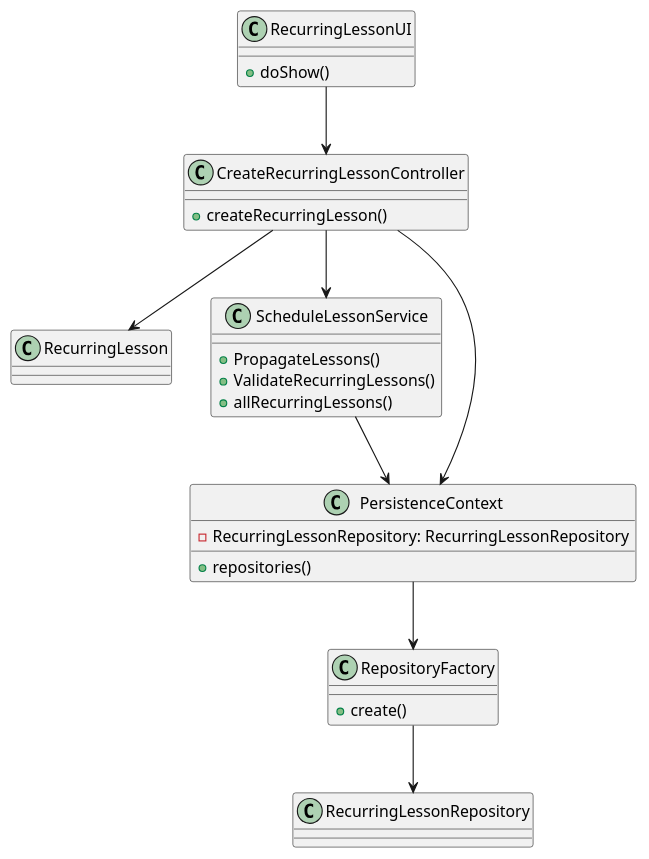
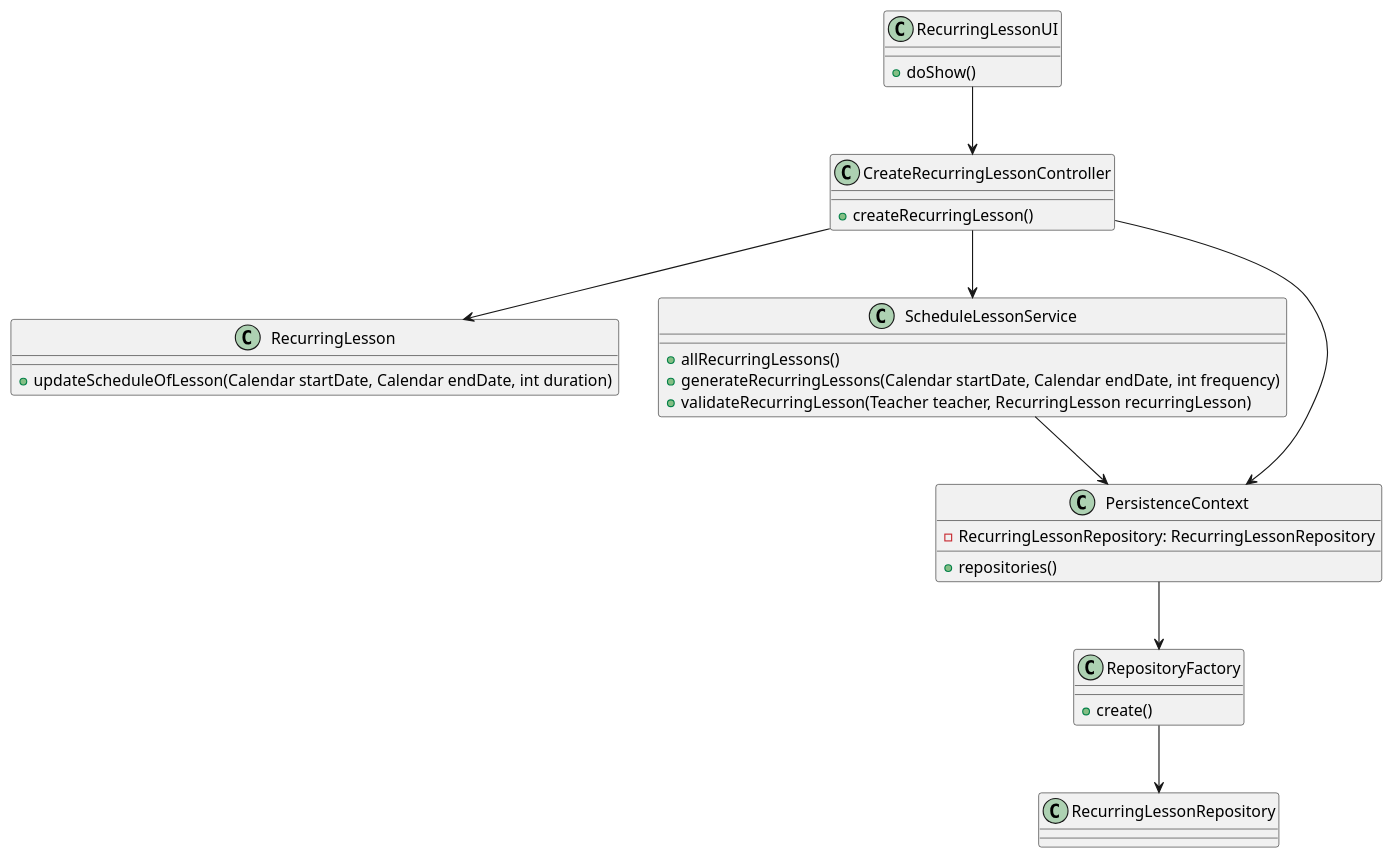
Before and after one commit to mascenso/isep-sem4-lapr4: the diagram in docs/SPRINT B/US1010 - Schedule Class/US1010-CD.puml, drawn with PlantUML. The commit also changed 7 other files, not shown here.

```diff
--- a/docs/SPRINT B/US1010 - Schedule Class/US1010-CD.puml
+++ b/docs/SPRINT B/US1010 - Schedule Class/US1010-CD.puml
@@ -1,40 +1,41 @@
 @startuml
 
 class RecurringLessonUI {
     +doShow()
 }
 
 class CreateRecurringLessonController {
     +createRecurringLesson()
 }
 
 class RecurringLesson {
+    +updateScheduleOfLesson(Calendar startDate, Calendar endDate, int duration)
 }
 
 class ScheduleLessonService {
-    +PropagateLessons()
-    +ValidateRecurringLessons()
     +allRecurringLessons()
+    +generateRecurringLessons(Calendar startDate, Calendar endDate, int frequency)
+    +validateRecurringLesson(Teacher teacher, RecurringLesson recurringLesson)
 }
 
 class RepositoryFactory {
     +create()
 }
 
 class PersistenceContext {
     -RecurringLessonRepository: RecurringLessonRepository
     +repositories()
 }
 
 class RecurringLessonRepository {
 }
 
 RecurringLessonUI --> CreateRecurringLessonController
 CreateRecurringLessonController --> ScheduleLessonService
 ScheduleLessonService --> PersistenceContext
 CreateRecurringLessonController --> PersistenceContext
 PersistenceContext --> RepositoryFactory
 RepositoryFactory --> RecurringLessonRepository
 CreateRecurringLessonController --> RecurringLesson
 
 @enduml
```
